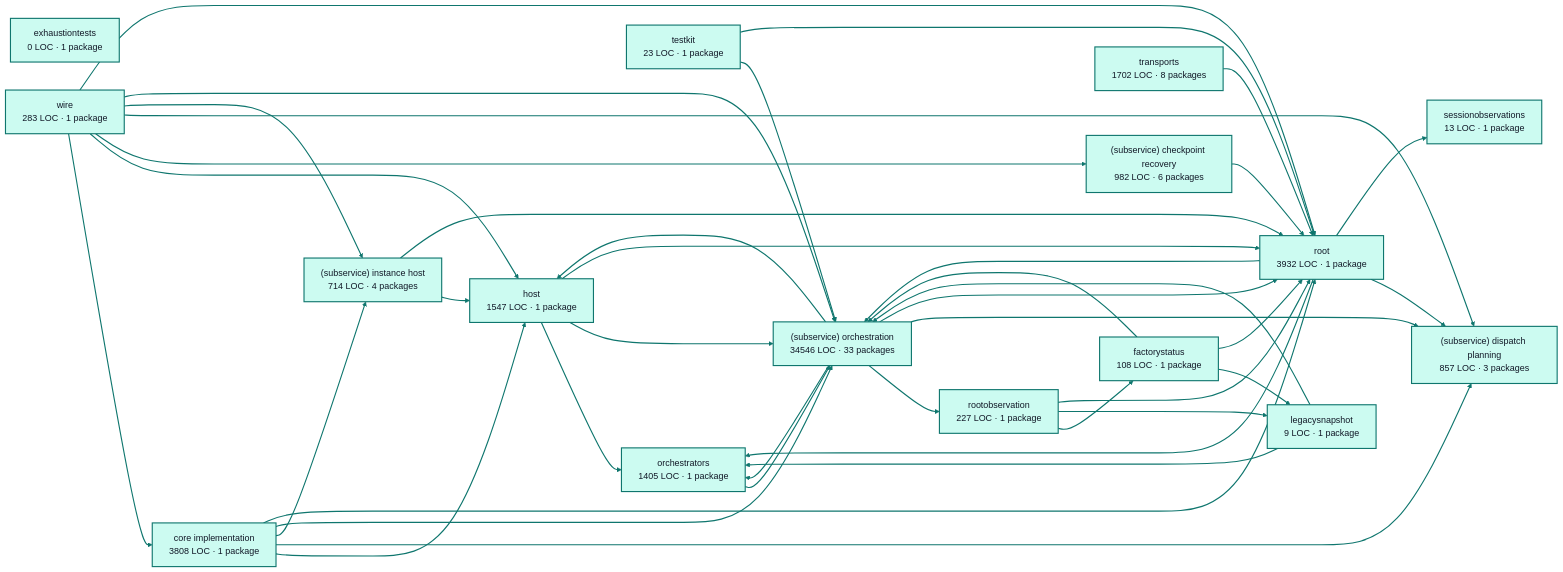
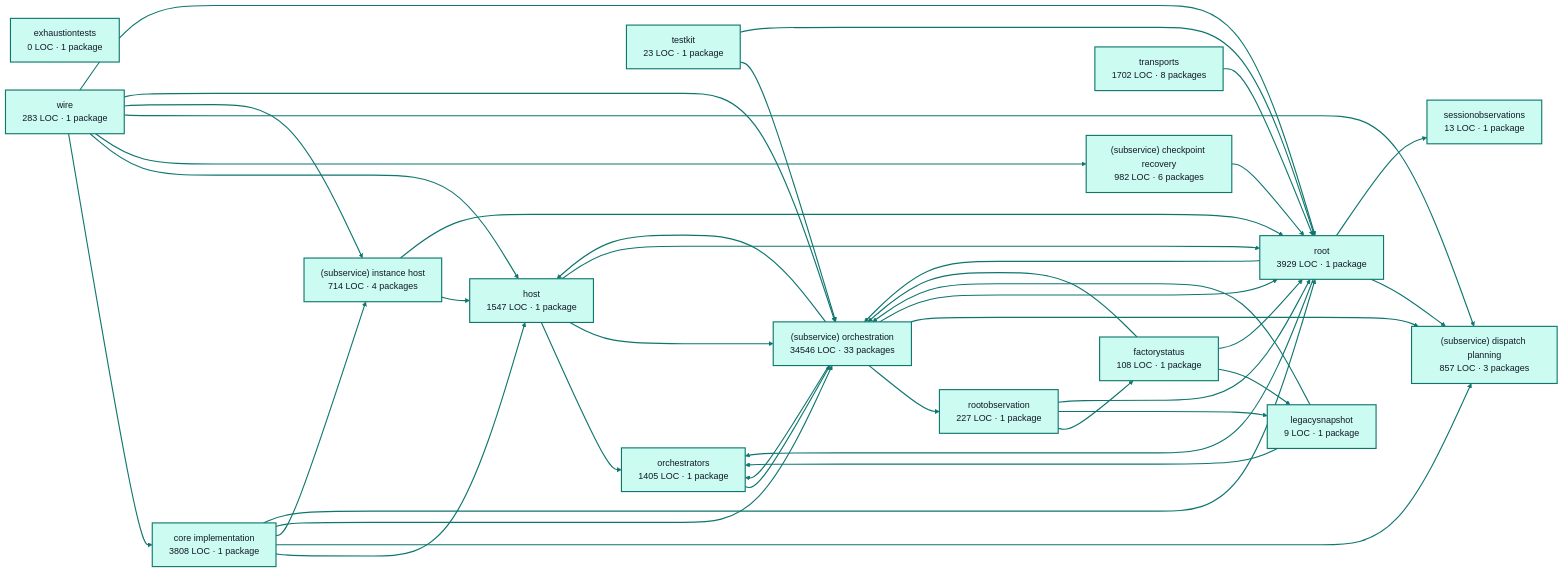
One commit to portpowered/you-agent-factory changed the diagram in docs/architecture/visualizations/services/factory_runtime.md. Above: the diagram before and after it, drawn with Mermaid. The commit also changed other lines of this file and 20 other files, not shown here.

Commit message:
docs: refresh backend architecture visualizations

````diff
--- a/docs/architecture/visualizations/services/factory_runtime.md
+++ b/docs/architecture/visualizations/services/factory_runtime.md
@@ -11,75 +11,75 @@
 ```mermaid
 flowchart LR
   p0["core implementation<br/>3808 LOC · 1 package"]
   p1["exhaustiontests<br/>0 LOC · 1 package"]
   p2["factorystatus<br/>108 LOC · 1 package"]
   p3["host<br/>1547 LOC · 1 package"]
   p4["legacysnapshot<br/>9 LOC · 1 package"]
   p5["orchestrators<br/>1405 LOC · 1 package"]
   p6["rootobservation<br/>227 LOC · 1 package"]
   p7["(subservice) checkpoint recovery<br/>982 LOC · 6 packages"]
   p8["(subservice) dispatch planning<br/>857 LOC · 3 packages"]
   p9["(subservice) instance host<br/>714 LOC · 4 packages"]
   p10["(subservice) orchestration<br/>34546 LOC · 33 packages"]
   p11["sessionobservations<br/>13 LOC · 1 package"]
   p12["testkit<br/>23 LOC · 1 package"]
-  p13["root<br/>3932 LOC · 1 package"]
+  p13["root<br/>3929 LOC · 1 package"]
   p14["transports<br/>1702 LOC · 8 packages"]
   p15["wire<br/>283 LOC · 1 package"]
   p0 --> p3
   p0 --> p8
   p0 --> p9
   p0 --> p10
   p0 --> p13
   p2 --> p4
   p2 --> p10
   p2 --> p13
   p3 --> p5
   p3 --> p10
   p3 --> p13
   p4 --> p5
   p4 --> p10
   p5 --> p10
   p6 --> p2
   p6 --> p4
   p6 --> p13
   p7 --> p13
   p9 --> p3
   p9 --> p13
   p10 --> p3
   p10 --> p5
   p10 --> p6
   p10 --> p8
   p10 --> p13
   p12 --> p10
   p12 --> p13
   p13 --> p5
   p13 --> p8
   p13 --> p10
   p13 --> p11
   p14 --> p13
   p15 --> p0
   p15 --> p3
   p15 --> p7
   p15 --> p8
   p15 --> p9
   p15 --> p10
   p15 --> p13
   style p0 fill:#ccfbf1,stroke:#0f766e,stroke-width:2px,color:#111827
   style p1 fill:#ccfbf1,stroke:#0f766e,stroke-width:2px,color:#111827
   style p2 fill:#ccfbf1,stroke:#0f766e,stroke-width:2px,color:#111827
   style p3 fill:#ccfbf1,stroke:#0f766e,stroke-width:2px,color:#111827
   style p4 fill:#ccfbf1,stroke:#0f766e,stroke-width:2px,color:#111827
   style p5 fill:#ccfbf1,stroke:#0f766e,stroke-width:2px,color:#111827
   style p6 fill:#ccfbf1,stroke:#0f766e,stroke-width:2px,color:#111827
   style p7 fill:#ccfbf1,stroke:#0f766e,stroke-width:2px,color:#111827
   style p8 fill:#ccfbf1,stroke:#0f766e,stroke-width:2px,color:#111827
   style p9 fill:#ccfbf1,stroke:#0f766e,stroke-width:2px,color:#111827
   style p10 fill:#ccfbf1,stroke:#0f766e,stroke-width:2px,color:#111827
   style p11 fill:#ccfbf1,stroke:#0f766e,stroke-width:2px,color:#111827
   style p12 fill:#ccfbf1,stroke:#0f766e,stroke-width:2px,color:#111827
   style p13 fill:#ccfbf1,stroke:#0f766e,stroke-width:2px,color:#111827
   style p14 fill:#ccfbf1,stroke:#0f766e,stroke-width:2px,color:#111827
   style p15 fill:#ccfbf1,stroke:#0f766e,stroke-width:2px,color:#111827
   linkStyle default stroke:#0f766e,stroke-width:2px
 ```
````
